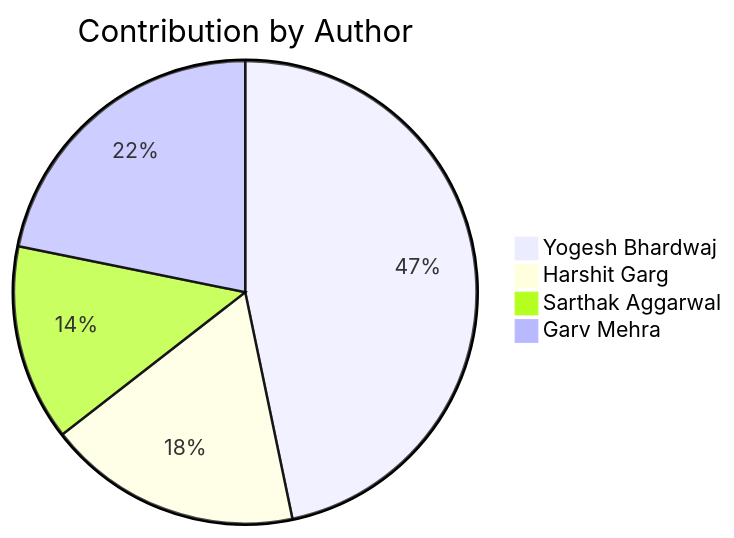
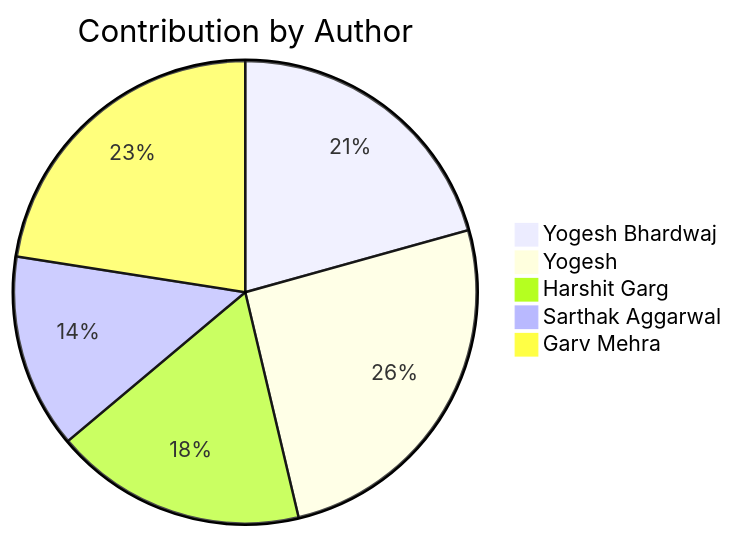
Before and after one commit to Yogesh-Bhardwaj-hue/Scm-Final_2.0: the second of 2 diagrams in README.md, drawn with Mermaid. The commit also changed other lines of this file, not shown here.

Commit message:
Update contribution charts

````diff
--- a/README.md
+++ b/README.md
@@ -220,7 +220,8 @@
 ```mermaid
 pie title Contribution by Author
-    "Yogesh Bhardwaj": 150
+    "Yogesh Bhardwaj": 67
+    "Yogesh": 83
     "Harshit Garg": 57
     "Sarthak Aggarwal": 44
-    "Garv Mehra": 70
+    "Garv Mehra": 73
 ```
````
